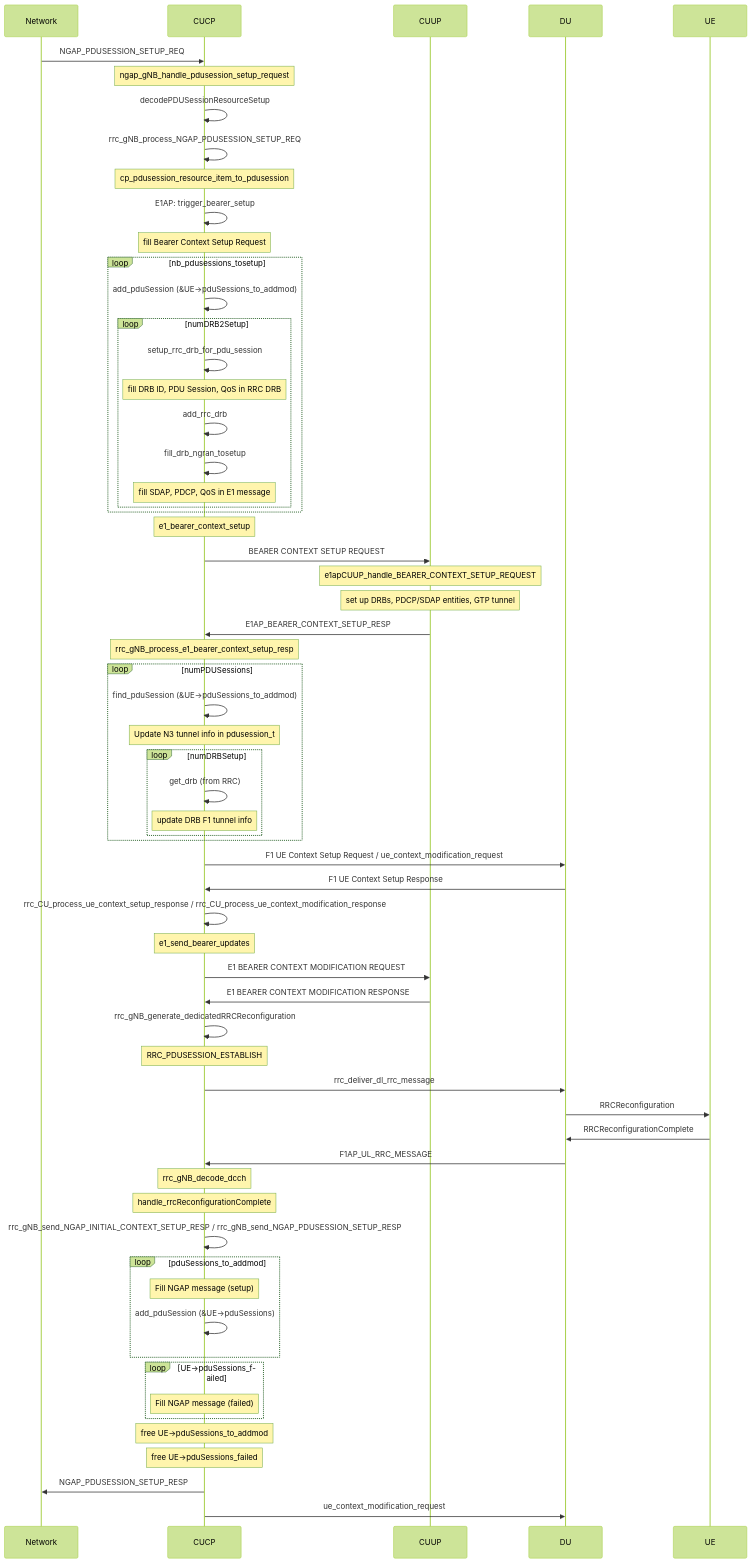
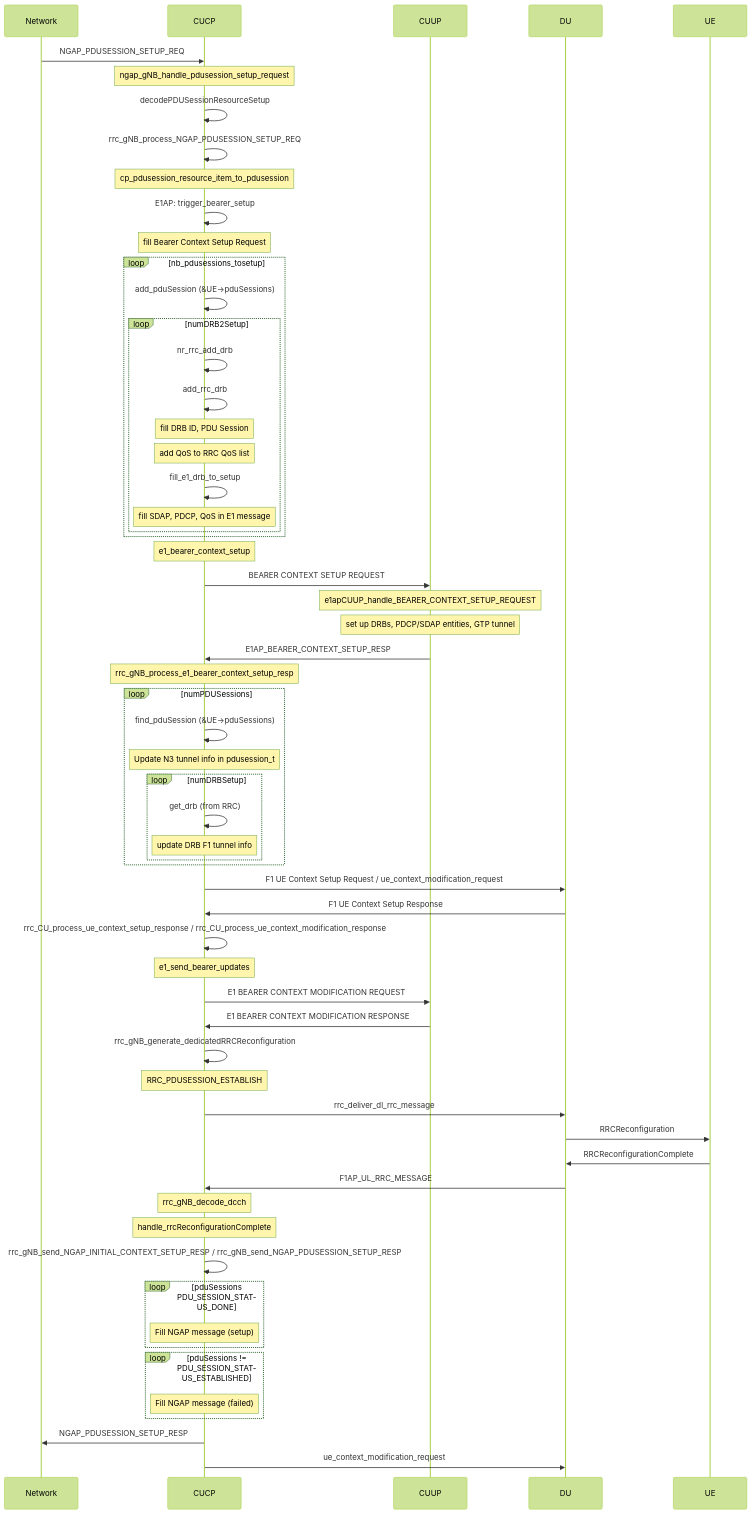
One commit to turkeryilmaz/openairinterface5g changed the second of 3 diagrams in doc/E1AP/e1ap_procedures.md. Above: the diagram before and after it, drawn with Mermaid (forest theme). The commit also changed other lines of this file, not shown here.

Commit message:
fixup! Documentation related to PDUSession and DRB setup/modify/release in E1AP procedures

````diff
--- a/doc/E1AP/e1ap_procedures.md
+++ b/doc/E1AP/e1ap_procedures.md
@@ -78,65 +78,63 @@
 ```mermaid
 sequenceDiagram
     participant Network
     participant CUCP
     participant CUUP
     participant DU
     participant UE
     Network->>CUCP: NGAP_PDUSESSION_SETUP_REQ
     Note over CUCP: ngap_gNB_handle_pdusession_setup_request
     CUCP->>CUCP: decodePDUSessionResourceSetup
     CUCP->>CUCP: rrc_gNB_process_NGAP_PDUSESSION_SETUP_REQ
     Note over CUCP: cp_pdusession_resource_item_to_pdusession
     CUCP->>CUCP: E1AP: trigger_bearer_setup
     Note over CUCP: fill Bearer Context Setup Request
     loop nb_pdusessions_tosetup
-        CUCP->>CUCP: add_pduSession (&UE->pduSessions_to_addmod)
+        CUCP->>CUCP: add_pduSession (&UE->pduSessions)
         loop numDRB2Setup
-            CUCP->>CUCP: setup_rrc_drb_for_pdu_session
-            Note over CUCP: fill DRB ID, PDU Session, QoS in RRC DRB
+            CUCP->>CUCP: nr_rrc_add_drb
             CUCP->>CUCP: add_rrc_drb
-            CUCP->>CUCP: fill_drb_ngran_tosetup
+            Note over CUCP: fill DRB ID, PDU Session
+            Note over CUCP: add QoS to RRC QoS list
+            CUCP->>CUCP: fill_e1_drb_to_setup
             Note over CUCP: fill SDAP, PDCP, QoS in E1 message
         end
     end
     Note over CUCP: e1_bearer_context_setup
     CUCP->>CUUP: BEARER CONTEXT SETUP REQUEST
     Note over CUUP: e1apCUUP_handle_BEARER_CONTEXT_SETUP_REQUEST
     Note over CUUP: set up DRBs, PDCP/SDAP entities, GTP tunnel
     CUUP->>CUCP: E1AP_BEARER_CONTEXT_SETUP_RESP
     Note over CUCP: rrc_gNB_process_e1_bearer_context_setup_resp
     loop numPDUSessions
-        CUCP->>CUCP: find_pduSession (&UE->pduSessions_to_addmod)
+        CUCP->>CUCP: find_pduSession (&UE->pduSessions)
         Note over CUCP: Update N3 tunnel info in pdusession_t
         loop numDRBSetup
             CUCP->>CUCP: get_drb (from RRC)
             Note over CUCP: update DRB F1 tunnel info
         end
     end
     CUCP->>DU: F1 UE Context Setup Request / ue_context_modification_request
     DU->>CUCP: F1 UE Context Setup Response
     CUCP->>CUCP: rrc_CU_process_ue_context_setup_response / rrc_CU_process_ue_context_modification_response
     Note over CUCP: e1_send_bearer_updates
     CUCP->>CUUP: E1 BEARER CONTEXT MODIFICATION REQUEST
     CUUP->>CUCP: E1 BEARER CONTEXT MODIFICATION RESPONSE
     CUCP->>CUCP: rrc_gNB_generate_dedicatedRRCReconfiguration
     Note over CUCP: RRC_PDUSESSION_ESTABLISH
     CUCP->>DU: rrc_deliver_dl_rrc_message
     DU->>UE: RRCReconfiguration
     UE->>DU: RRCReconfigurationComplete
     DU->>CUCP: F1AP_UL_RRC_MESSAGE
     Note over CUCP: rrc_gNB_decode_dcch
     Note over CUCP: handle_rrcReconfigurationComplete
     CUCP->>CUCP: rrc_gNB_send_NGAP_INITIAL_CONTEXT_SETUP_RESP / rrc_gNB_send_NGAP_PDUSESSION_SETUP_RESP
-    loop pduSessions_to_addmod
+    loop pduSessions PDU_SESSION_STATUS_DONE
         Note over CUCP: Fill NGAP message (setup)
-        CUCP->>CUCP: add_pduSession (&UE->pduSessions)
     end
-    loop UE->pduSessions_failed
+    loop pduSessions != PDU_SESSION_STATUS_ESTABLISHED
         Note over CUCP: Fill NGAP message (failed)
     end
-    Note over CUCP: free UE->pduSessions_to_addmod
-    Note over CUCP: free UE->pduSessions_failed
     CUCP->>Network: NGAP_PDUSESSION_SETUP_RESP
     CUCP->>DU: ue_context_modification_request
 ```
````
